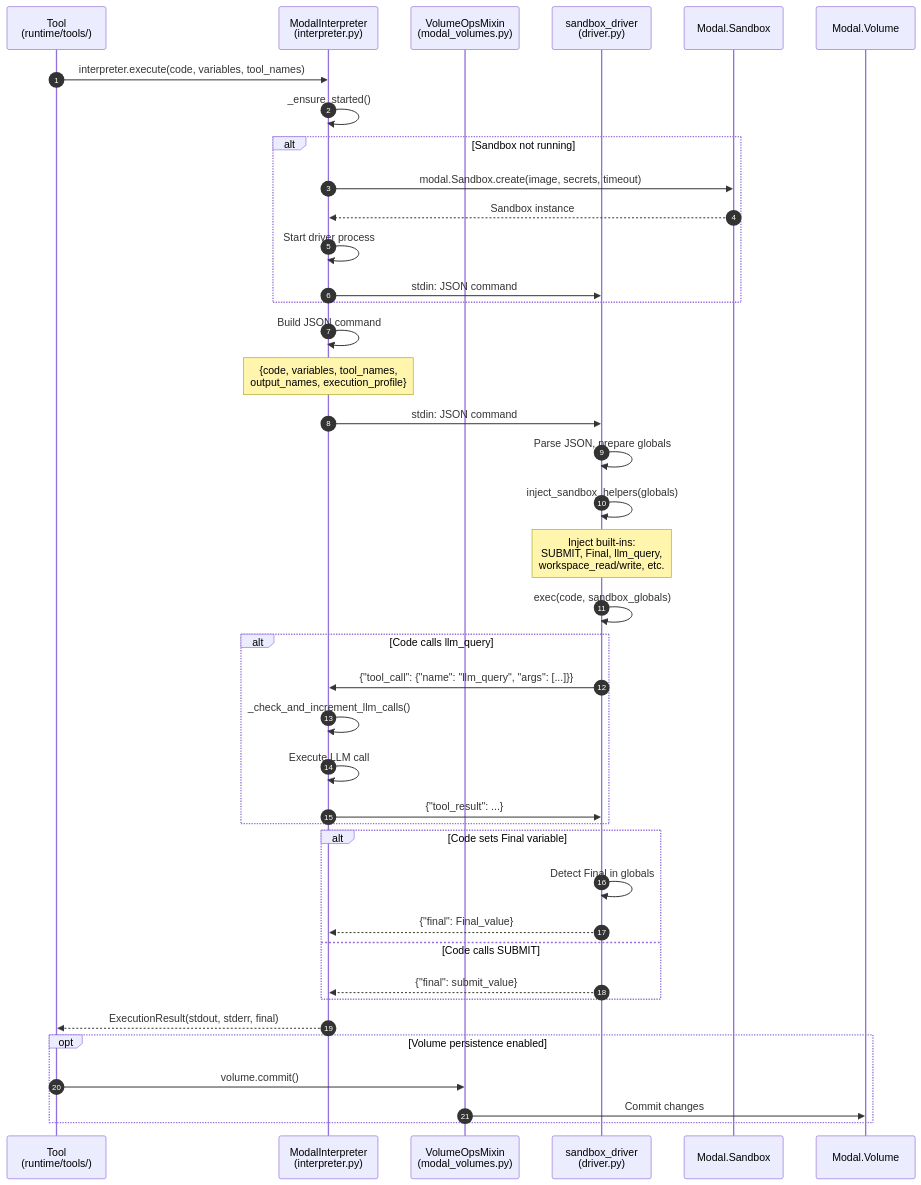
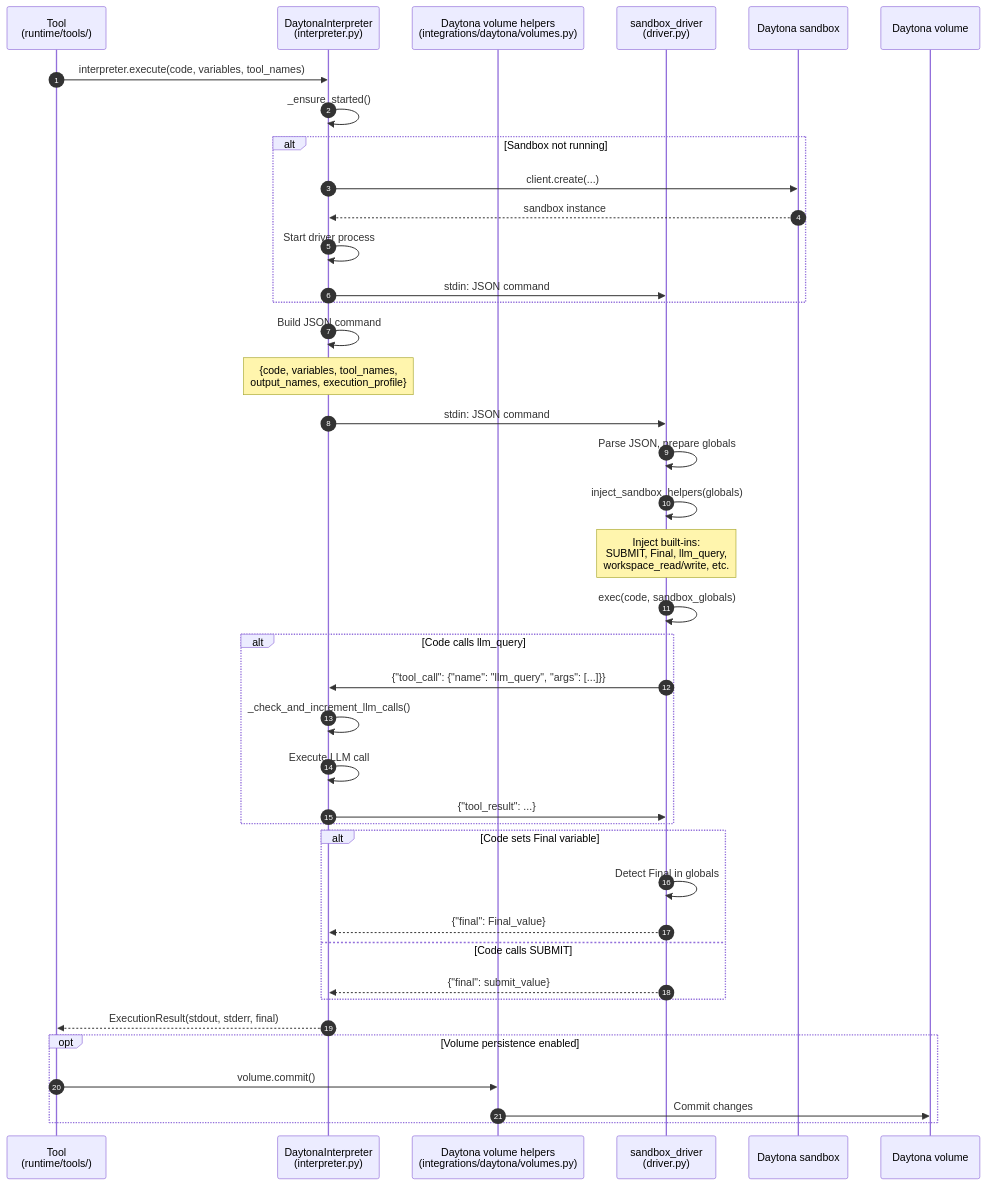
The sixth of 6 diagrams in docs/architecture.md (Qredence/fleet-rlm), drawn with Mermaid before and after one commit. The commit also changed other lines of this file and 207 other files, not shown here.

Commit message:
refactor!: remove modal runtime surface and finalize daytona-only stack

````diff
--- a/docs/architecture.md
+++ b/docs/architecture.md
@@ -469,52 +468,52 @@
 ```mermaid
 sequenceDiagram
     autonumber
     participant Tool as Tool<br/>(runtime/tools/)
-    participant Interp as ModalInterpreter<br/>(interpreter.py)
-    participant VolOps as VolumeOpsMixin<br/>(modal_volumes.py)
+    participant Interp as DaytonaInterpreter<br/>(interpreter.py)
+    participant VolOps as Daytona volume helpers<br/>(integrations/daytona/volumes.py)
     participant Driver as sandbox_driver<br/>(driver.py)
-    participant Sandbox as Modal.Sandbox
-    participant Volume as Modal.Volume
+    participant Sandbox as Daytona sandbox
+    participant Volume as Daytona volume
 
     Tool->>Interp: interpreter.execute(code, variables, tool_names)
     Interp->>Interp: _ensure_started()
 
     alt Sandbox not running
-        Interp->>Sandbox: modal.Sandbox.create(image, secrets, timeout)
-        Sandbox-->>Interp: Sandbox instance
+        Interp->>Sandbox: client.create(...)
+        Sandbox-->>Interp: sandbox instance
         Interp->>Interp: Start driver process
         Interp->>Driver: stdin: JSON command
     end
 
     Interp->>Interp: Build JSON command
     Note over Interp: {code, variables, tool_names,<br/>output_names, execution_profile}
 
     Interp->>Driver: stdin: JSON command
     Driver->>Driver: Parse JSON, prepare globals
     Driver->>Driver: inject_sandbox_helpers(globals)
 
     Note over Driver: Inject built-ins:<br/>SUBMIT, Final, llm_query,<br/>workspace_read/write, etc.
 
     Driver->>Driver: exec(code, sandbox_globals)
 
     alt Code calls llm_query
         Driver->>Interp: {"tool_call": {"name": "llm_query", "args": [...]}}
         Interp->>Interp: _check_and_increment_llm_calls()
         Interp->>Interp: Execute LLM call
         Interp->>Driver: {"tool_result": ...}
     end
 
     alt Code sets Final variable
         Driver->>Driver: Detect Final in globals
         Driver-->>Interp: {"final": Final_value}
     else Code calls SUBMIT
         Driver-->>Interp: {"final": submit_value}
     end
 
     Interp-->>Tool: ExecutionResult(stdout, stderr, final)
 
     opt Volume persistence enabled
         Tool->>VolOps: volume.commit()
         VolOps->>Volume: Commit changes
     end
 ```
````
